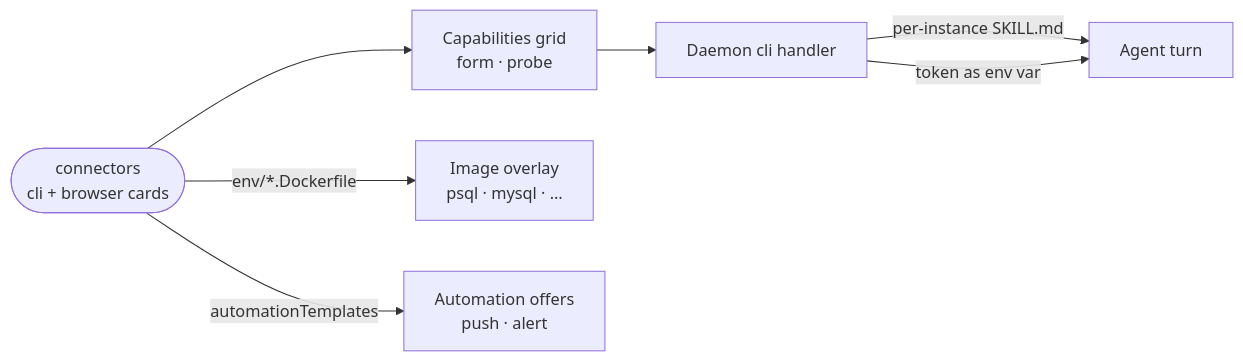
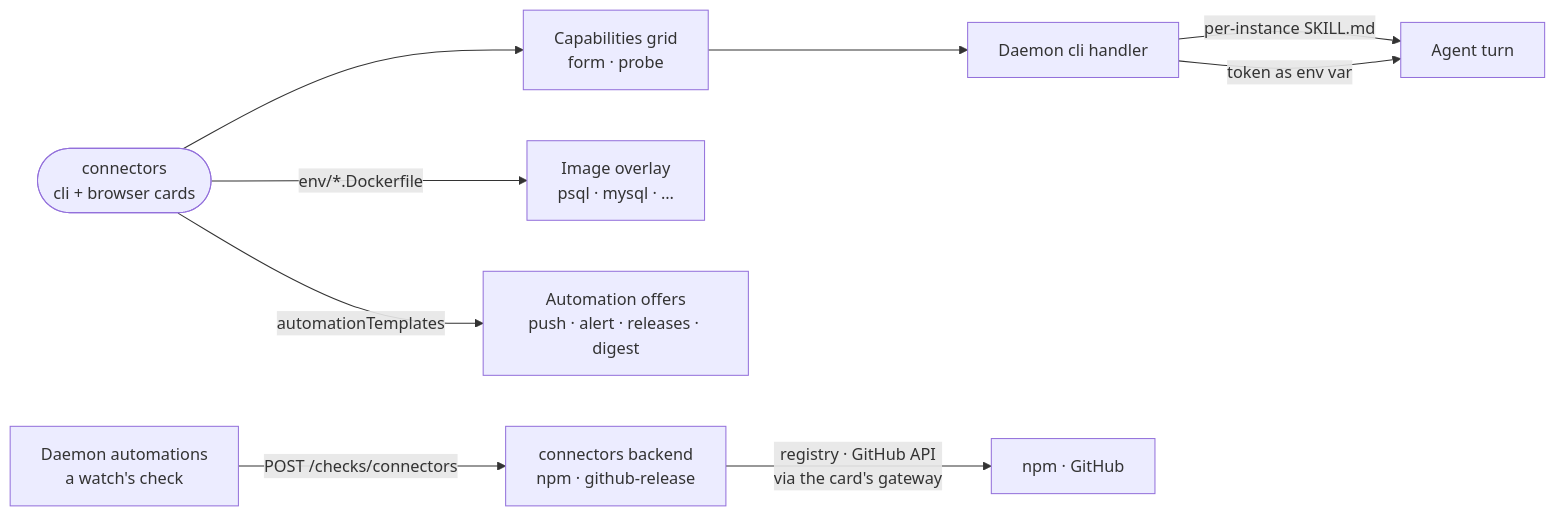
The diagram in _extensions/connectors/README.md (intentic/intentic), drawn with Mermaid before and after one commit. The commit also changed other lines of this file and 587 other files, not shown here.

````diff
--- a/_extensions/connectors/README.md
+++ b/_extensions/connectors/README.md
@@ -5,9 +5,11 @@
 ```mermaid
 flowchart LR
     card(["connectors<br/>cli + browser cards"]) --> form["Capabilities grid<br/>form · probe"]
     form --> daemon["Daemon cli handler"]
     daemon -->|"per-instance SKILL.md"| agent["Agent turn"]
     daemon -->|"token as env var"| agent
     card -->|"env/*.Dockerfile"| overlay["Image overlay<br/>psql · mysql · …"]
-    card -->|"automationTemplates"| automations["Automation offers<br/>push · alert"]
+    card -->|"automationTemplates"| automations["Automation offers<br/>push · alert · releases · digest"]
+    daemon2["Daemon automations<br/>a watch's check"] -->|"POST /checks/connectors"| backend["connectors backend<br/>npm · github-release"]
+    backend -->|"registry · GitHub API<br/>via the card's gateway"| outside["npm · GitHub"]
 ```
````
